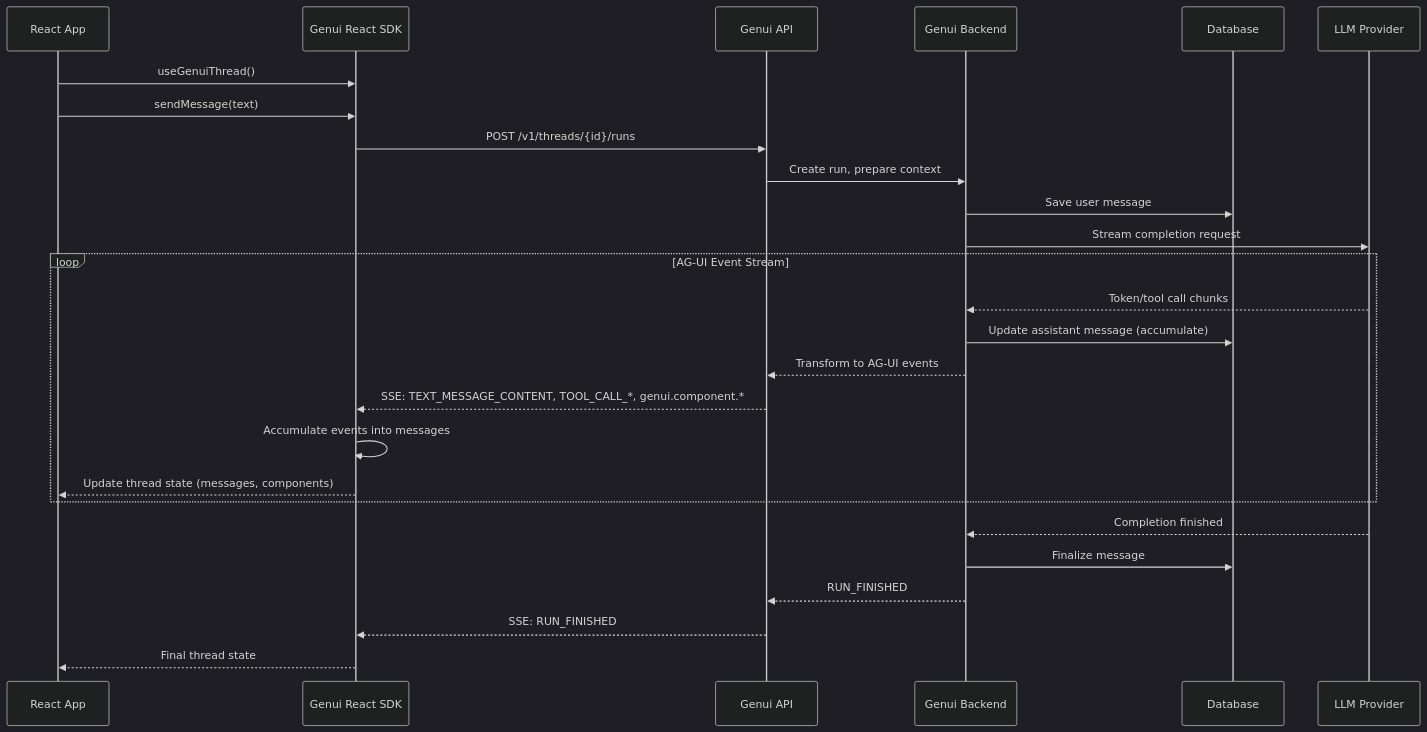
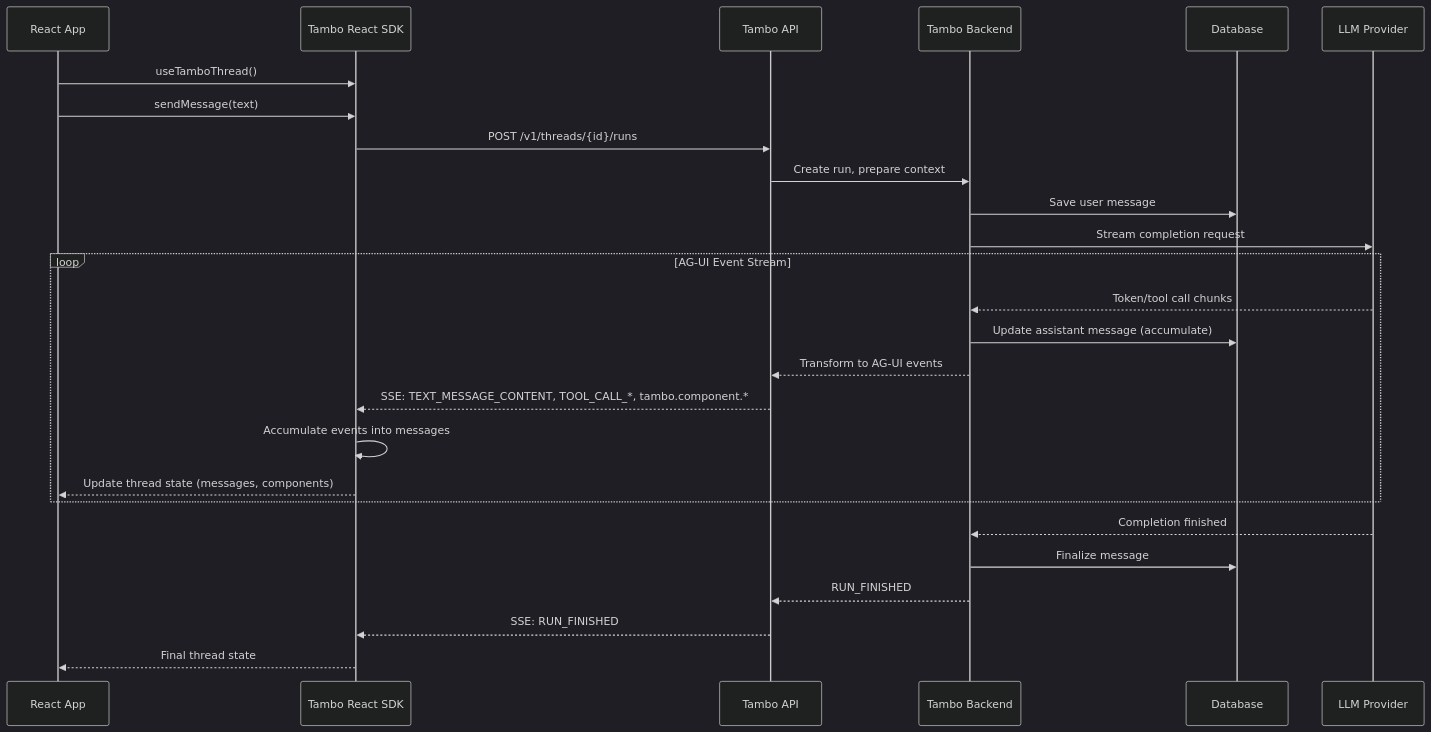
Before and after one commit to awardsapp/tambo-genui: the first of 2 diagrams in plans/api-v1-proposal.md, drawn with Mermaid (dark theme). The commit also changed other lines of this file and 1111 other files, not shown here.

````diff
--- a/plans/api-v1-proposal.md
+++ b/plans/api-v1-proposal.md
@@ -28,31 +28,31 @@
 ```mermaid
 sequenceDiagram
     participant App as React App
-    participant SDK as Genui React SDK
-    participant API as Genui API
-    participant Backend as Genui Backend
+    participant SDK as Tambo React SDK
+    participant API as Tambo API
+    participant Backend as Tambo Backend
     participant DB as Database
     participant LLM as LLM Provider
 
-    App->>SDK: useGenuiThread()
+    App->>SDK: useTamboThread()
     App->>SDK: sendMessage(text)
     SDK->>API: POST /v1/threads/{id}/runs
     API->>Backend: Create run, prepare context
     Backend->>DB: Save user message
     Backend->>LLM: Stream completion request
 
     loop AG-UI Event Stream
         LLM-->>Backend: Token/tool call chunks
         Backend->>DB: Update assistant message (accumulate)
         Backend-->>API: Transform to AG-UI events
-        API-->>SDK: SSE: TEXT_MESSAGE_CONTENT, TOOL_CALL_*, genui.component.*
+        API-->>SDK: SSE: TEXT_MESSAGE_CONTENT, TOOL_CALL_*, tambo.component.*
         SDK->>SDK: Accumulate events into messages
         SDK-->>App: Update thread state (messages, components)
     end
 
     LLM-->>Backend: Completion finished
     Backend->>DB: Finalize message
     Backend-->>API: RUN_FINISHED
     API-->>SDK: SSE: RUN_FINISHED
     SDK-->>App: Final thread state
 ```
````
